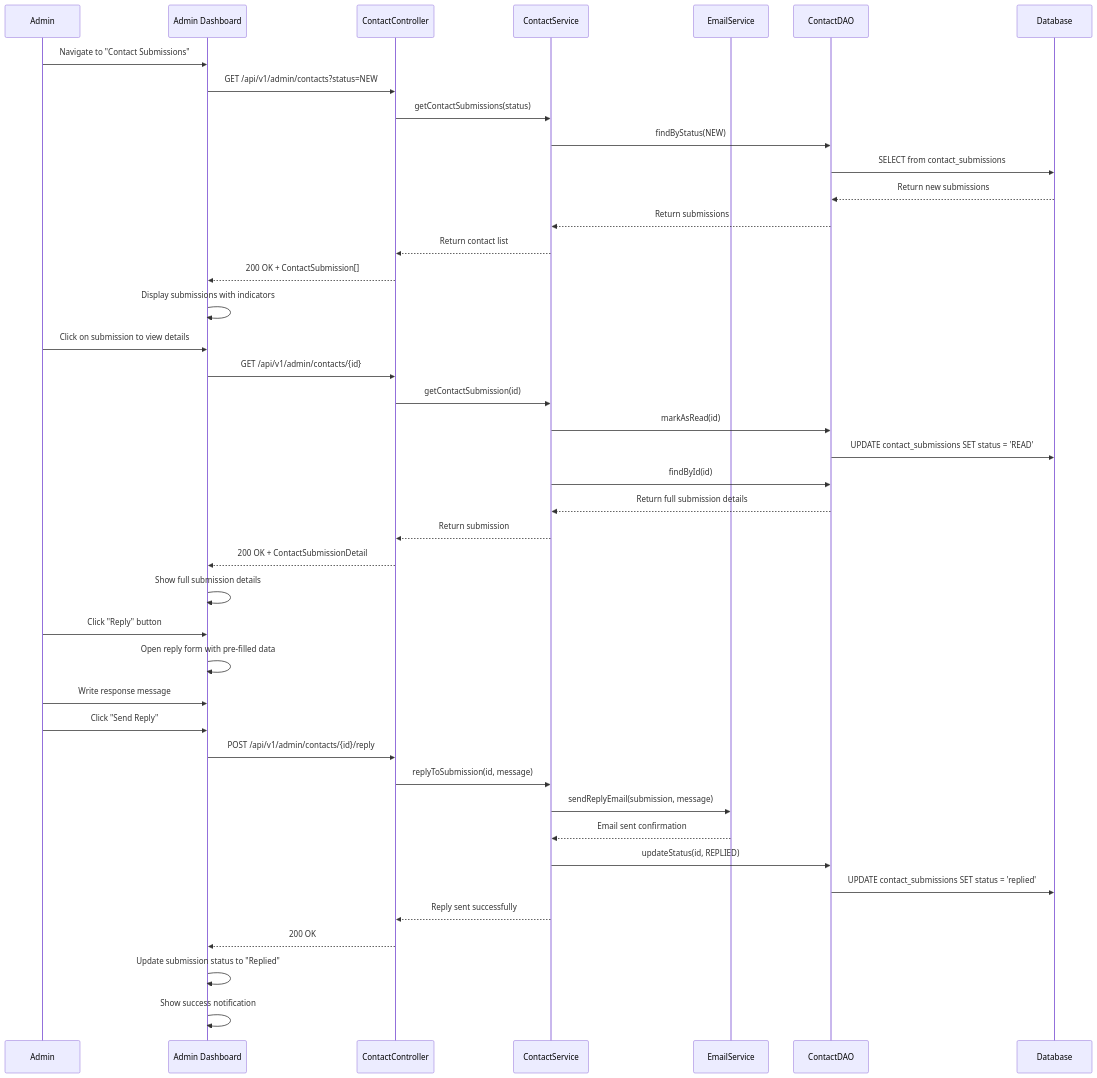
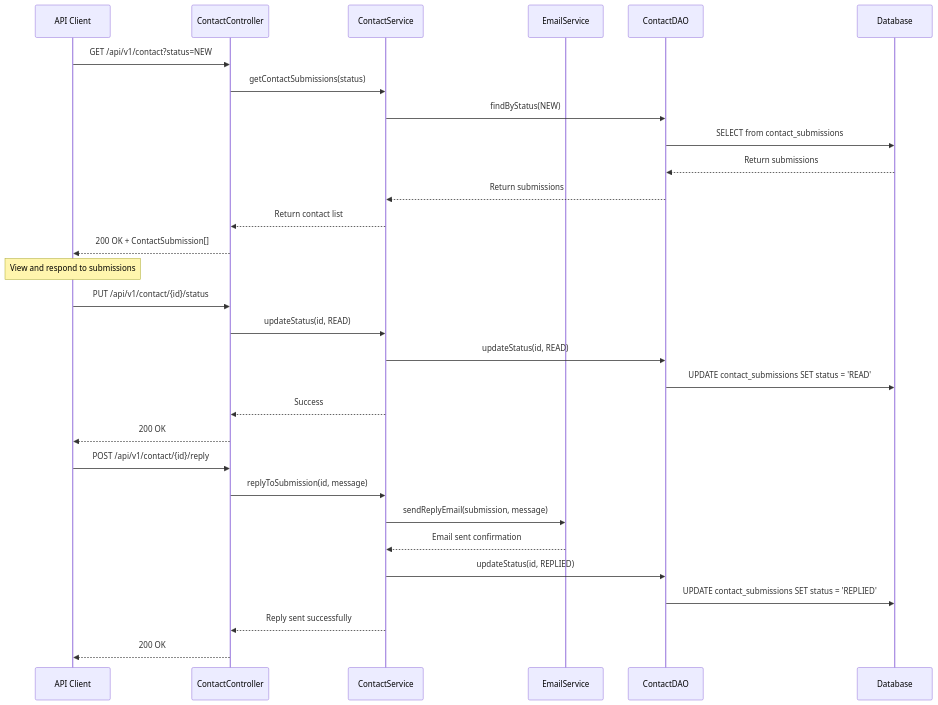
Before and after one commit to caseythecoder90/personal-website-backend: the ninth of 9 diagrams in docs/api/API_FLOWS.md, drawn with Mermaid. The commit also changed other lines of this file and 22 other files, not shown here.

````diff
--- a/docs/api/API_FLOWS.md
+++ b/docs/api/API_FLOWS.md
@@ -596,51 +360,36 @@
 ```mermaid
 sequenceDiagram
-    participant A as Admin
-    participant UI as Admin Dashboard
-    participant C as ContactController
+    participant C as API Client
+    participant Ctrl as ContactController
     participant S as ContactService
     participant E as EmailService
     participant D as ContactDAO
     participant DB as Database
 
-    A->>UI: Navigate to "Contact Submissions"
-    UI->>C: GET /api/v1/admin/contacts?status=NEW
-    C->>S: getContactSubmissions(status)
+    C->>Ctrl: GET /api/v1/contact?status=NEW
+    Ctrl->>S: getContactSubmissions(status)
     S->>D: findByStatus(NEW)
     D->>DB: SELECT from contact_submissions
-    DB-->>D: Return new submissions
+    DB-->>D: Return submissions
     D-->>S: Return submissions
-    S-->>C: Return contact list
-    C-->>UI: 200 OK + ContactSubmission[]
-    
-    UI->>UI: Display submissions with indicators
-    
-    A->>UI: Click on submission to view details
-    UI->>C: GET /api/v1/admin/contacts/{id}
-    C->>S: getContactSubmission(id)
-    S->>D: markAsRead(id)  # Update status to READ
+    S-->>Ctrl: Return contact list
+    Ctrl-->>C: 200 OK + ContactSubmission[]
+
+    Note over C: View and respond to submissions
+
+    C->>Ctrl: PUT /api/v1/contact/{id}/status
+    Ctrl->>S: updateStatus(id, READ)
+    S->>D: updateStatus(id, READ)
     D->>DB: UPDATE contact_submissions SET status = 'READ'
-    S->>D: findById(id)
-    D-->>S: Return full submission details
-    S-->>C: Return submission
-    C-->>UI: 200 OK + ContactSubmissionDetail
-    
-    UI->>UI: Show full submission details
-    
-    A->>UI: Click "Reply" button
-    UI->>UI: Open reply form with pre-filled data
-    A->>UI: Write response message
-    A->>UI: Click "Send Reply"
-    
-    UI->>C: POST /api/v1/admin/contacts/{id}/reply
-    C->>S: replyToSubmission(id, message)
+    S-->>Ctrl: Success
+    Ctrl-->>C: 200 OK
+
+    C->>Ctrl: POST /api/v1/contact/{id}/reply
+    Ctrl->>S: replyToSubmission(id, message)
     S->>E: sendReplyEmail(submission, message)
     E-->>S: Email sent confirmation
     S->>D: updateStatus(id, REPLIED)
-    D->>DB: UPDATE contact_submissions SET status = 'replied'
-    S-->>C: Reply sent successfully
-    C-->>UI: 200 OK
-    
-    UI->>UI: Update submission status to "Replied"
-    UI->>UI: Show success notification
+    D->>DB: UPDATE contact_submissions SET status = 'REPLIED'
+    S-->>Ctrl: Reply sent successfully
+    Ctrl-->>C: 200 OK
 ```
````
